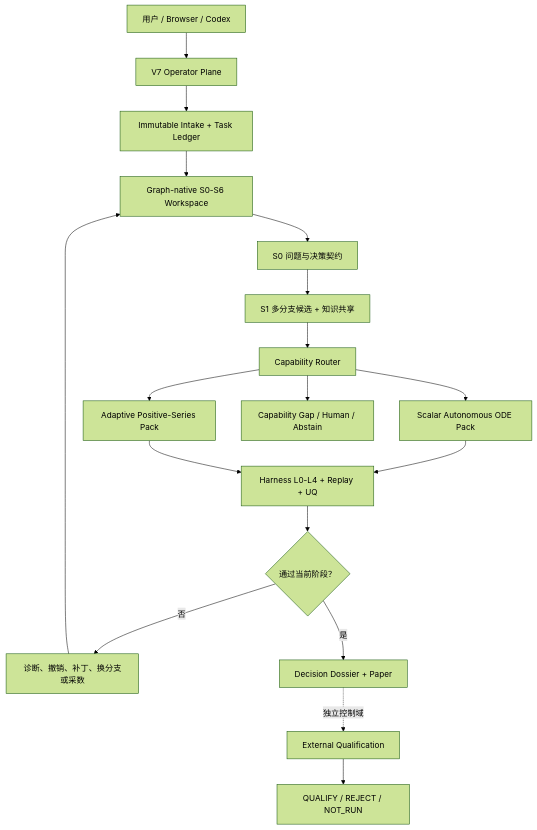
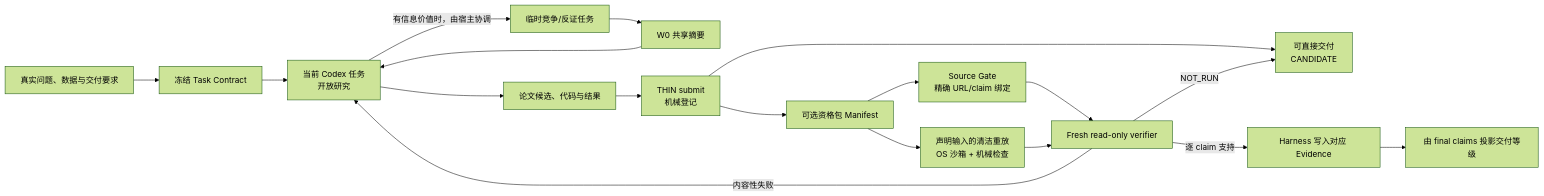
One commit to zx070326-hash/fma-trusted-modeling-agent changed the diagram in README.md. Above: the diagram before and after it, drawn with Mermaid (forest theme). The commit also changed other lines of this file and 264 other files, not shown here.

First line of the commit message:
Replace legacy FMA with the THIN modeling harness

````diff
--- a/README.md
+++ b/README.md
@@ -52,23 +11,20 @@
 ```mermaid
-flowchart TD
-    U["用户 / Browser / Codex"] --> OP["V7 Operator Plane"]
-    OP --> IN["Immutable Intake + Task Ledger"]
-    IN --> G["Graph-native S0-S6 Workspace"]
-
-    G --> S0["S0 问题与决策契约"]
-    S0 --> S1["S1 多分支候选 + 知识共享"]
-    S1 --> R["Capability Router"]
-    R --> ODE["Scalar Autonomous ODE Pack"]
-    R --> APS["Adaptive Positive-Series Pack"]
-    R --> GAP["Capability Gap / Human / Abstain"]
-
-    ODE --> V["Harness L0-L4 + Replay + UQ"]
-    APS --> V
-    V --> REC{"通过当前阶段？"}
-    REC -->|"否"| BACK["诊断、撤销、补丁、换分支或采数"]
-    BACK --> G
-    REC -->|"是"| DOS["Decision Dossier + Paper"]
-
-    DOS -. "独立控制域" .-> EXT["External Qualification"]
-    EXT --> Q["QUALIFY / REJECT / NOT_RUN"]
+flowchart LR
+    Q["真实问题、数据与交付要求"] --> C["冻结 Task Contract"]
+    C --> L["当前 Codex 任务<br/>开放研究"]
+    L -->|"有信息价值时，由宿主协调"| B["临时竞争/反证任务"]
+    B --> K["W0 共享摘要"]
+    K --> L
+    L --> M["论文候选、代码与结果"]
+    M --> H["THIN submit<br/>机械登记"]
+    H --> D0["可直接交付<br/>CANDIDATE"]
+    H --> P["可选资格包 Manifest"]
+    P --> S["Source Gate<br/>精确 URL/claim 绑定"]
+    P --> R["声明输入的清洁重放<br/>OS 沙箱 + 机械检查"]
+    S --> V["Fresh read-only verifier"]
+    R --> V
+    V -->|"逐 claim 支持"| E["Harness 写入对应 Evidence"]
+    V -->|"内容性失败"| L
+    V -->|"NOT_RUN"| D0
+    E --> D["由 final claims 投影交付等级"]
 ```
````
